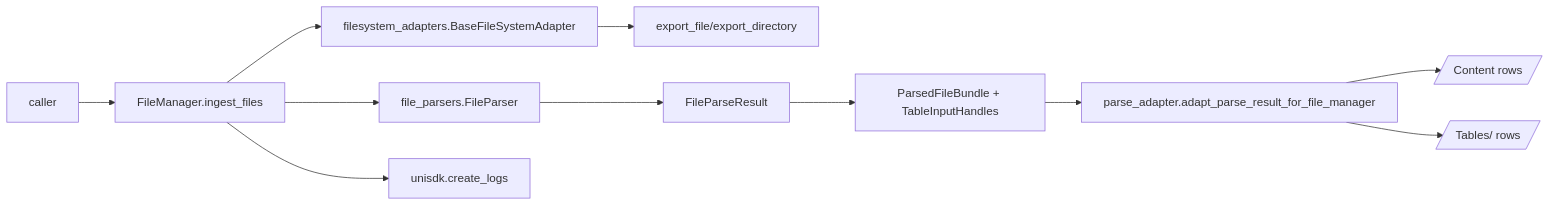
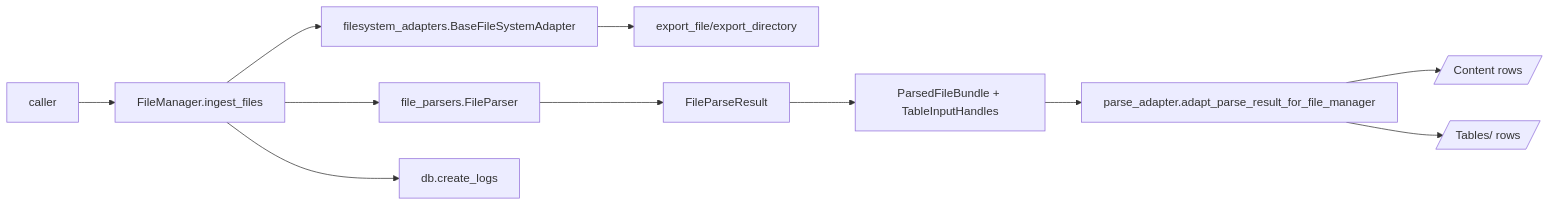
One commit to unifyai/unify changed the diagram in unify/file_manager/README.md. Above: the diagram before and after it, drawn with Mermaid. The commit also changed 760 other files, not shown here.

````diff
--- a/unify/file_manager/README.md
+++ b/unify/file_manager/README.md
@@ -51,13 +51,13 @@
 ```mermaid
 flowchart LR
   Caller[caller]-->FM[FileManager.ingest_files]
   FM-->FS[filesystem_adapters.BaseFileSystemAdapter]
   FS-->Export[export_file/export_directory]
   FM-->FP[file_parsers.FileParser]
   FP-->PR[FileParseResult]
   PR-->PFB[ParsedFileBundle + TableInputHandles]
   PFB-->PA[parse_adapter.adapt_parse_result_for_file_manager]
   PA-->Rows[/Content rows/]
   PA-->Tables[/Tables/<label> rows/]
-  FM-->Ingest[unisdk.create_logs]
+  FM-->Ingest[db.create_logs]
 ```
````
